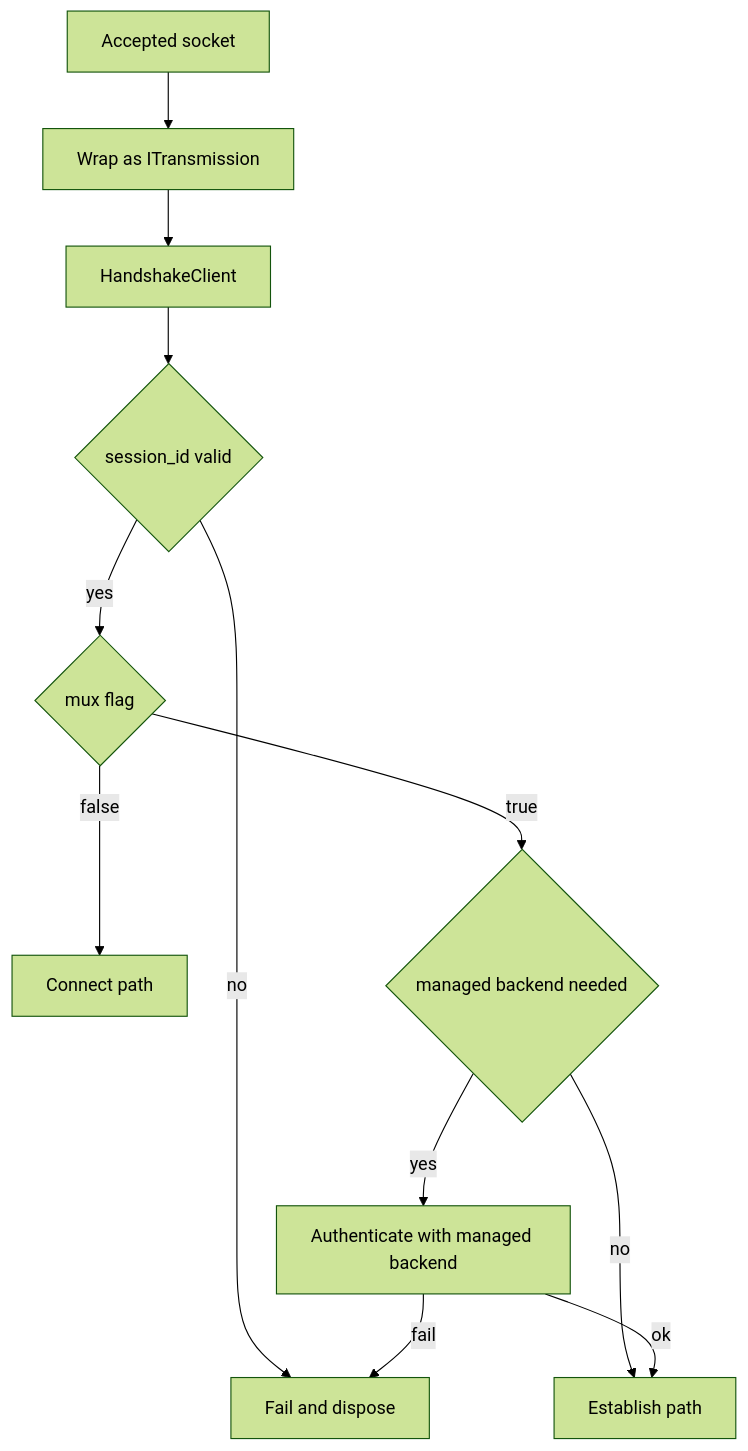
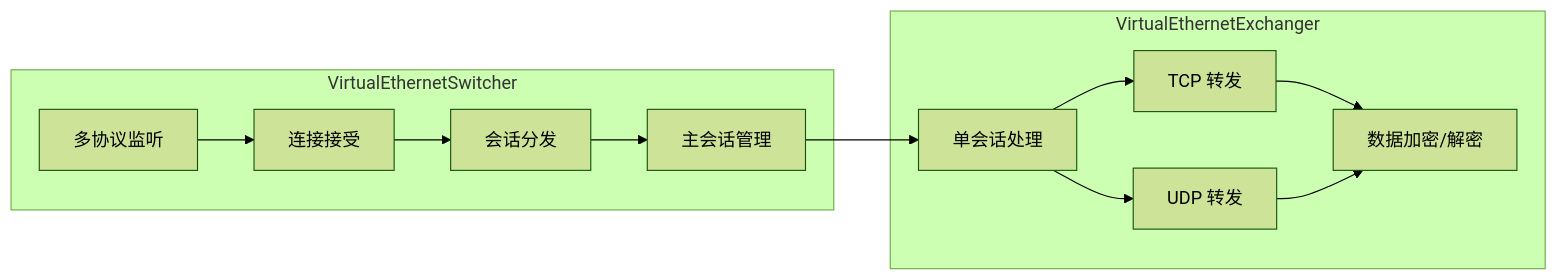
The second of 11 diagrams in docs/SERVER_ARCHITECTURE_CN.md (HyacinthHaru/openppp2), drawn with Mermaid (forest theme) before and after one commit. The commit also changed other lines of this file and 31 other files, not shown here.

````diff
--- a/docs/SERVER_ARCHITECTURE_CN.md
+++ b/docs/SERVER_ARCHITECTURE_CN.md
@@ -130,14 +68,25 @@
 ```mermaid
-flowchart TD
-    A[Accepted socket] --> B[Wrap as ITransmission]
-    B --> C[HandshakeClient]
-    C --> D{session_id valid}
-    D -- no --> E[Fail and dispose]
-    D -- yes --> F{mux flag}
-    F -- false --> G[Connect path]
-    F -- true --> H{managed backend needed}
-    H -- no --> I[Establish path]
-    H -- yes --> J[Authenticate with managed backend]
-    J -->|ok| I
-    J -->|fail| E
+flowchart LR
+    subgraph VirtualEthernetSwitcher
+        A[多协议监听]
+        B[连接接受]
+        C[会话分发]
+        D[主会话管理]
+    end
+    
+    subgraph VirtualEthernetExchanger
+        E[单会话处理]
+        F[TCP 转发]
+        G[UDP 转发]
+        H[数据加密/解密]
+    end
+    
+    A --> B
+    B --> C
+    C --> D
+    D --> E
+    E --> F
+    E --> G
+    F --> H
+    G --> H
 ```
````
